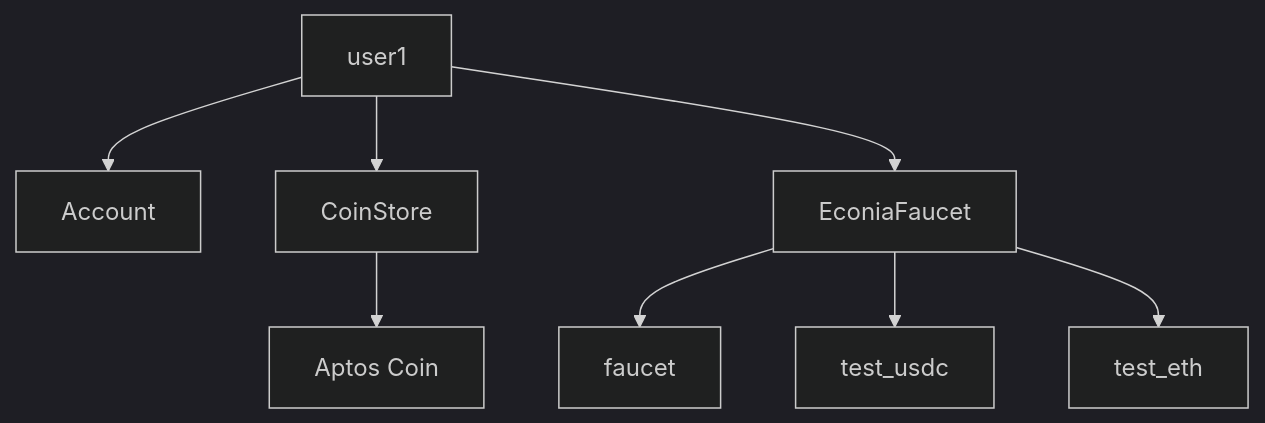
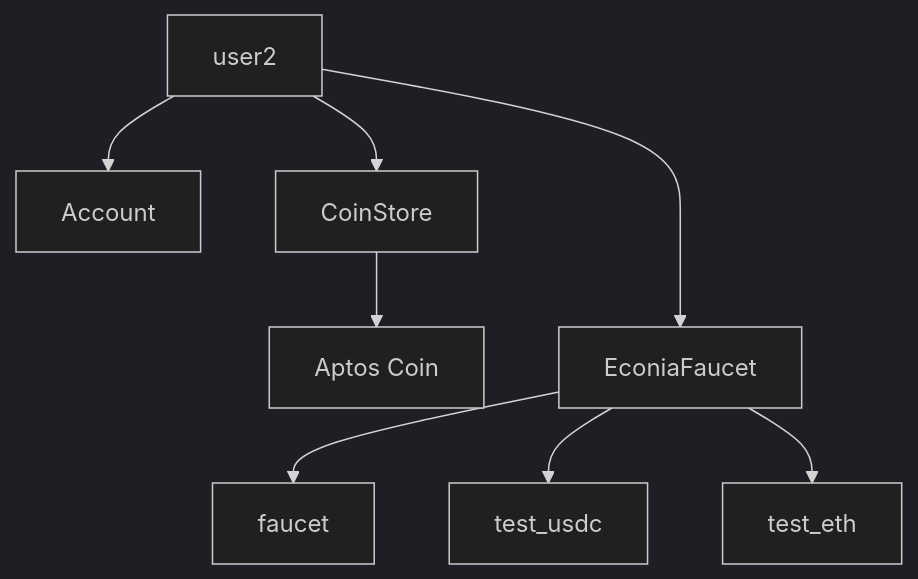
One commit to econia-labs/amsterdam-2023-demo changed the third of 6 diagrams in README.md. Above: the diagram before and after it, drawn with Mermaid (dark theme). The commit also changed other lines of this file, not shown here.

````diff
--- a/README.md
+++ b/README.md
@@ -93,13 +170,13 @@
-```mermaid
+   ```mermaid
 
-flowchart TD
+   flowchart TD
 
-user1 --> account1[Account]
-user1 --> apt_coinstore1[CoinStore]
-apt_coinstore1 --> apt1[Aptos Coin]
-user1 --> EconiaFaucet
-EconiaFaucet --> faucet
-EconiaFaucet --> test_usdc
-EconiaFaucet --> test_eth
+   user2 --> account[Account]
+   user2 --> apt_coinstore[CoinStore]
+   apt_coinstore --> apt[Aptos Coin]
+   user2 ---> EconiaFaucet
+   EconiaFaucet --> faucet
+   EconiaFaucet --> test_usdc
+   EconiaFaucet --> test_eth
 
-```
+   ```
````
